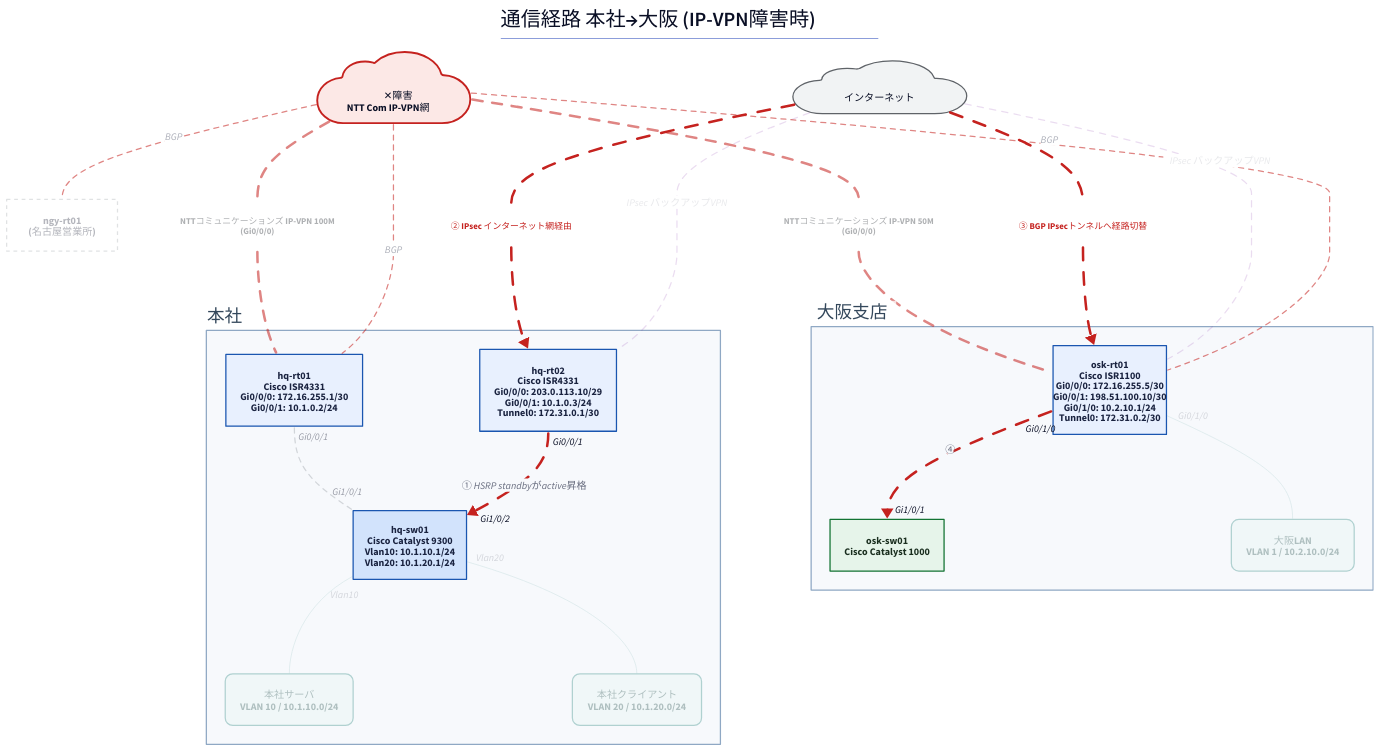
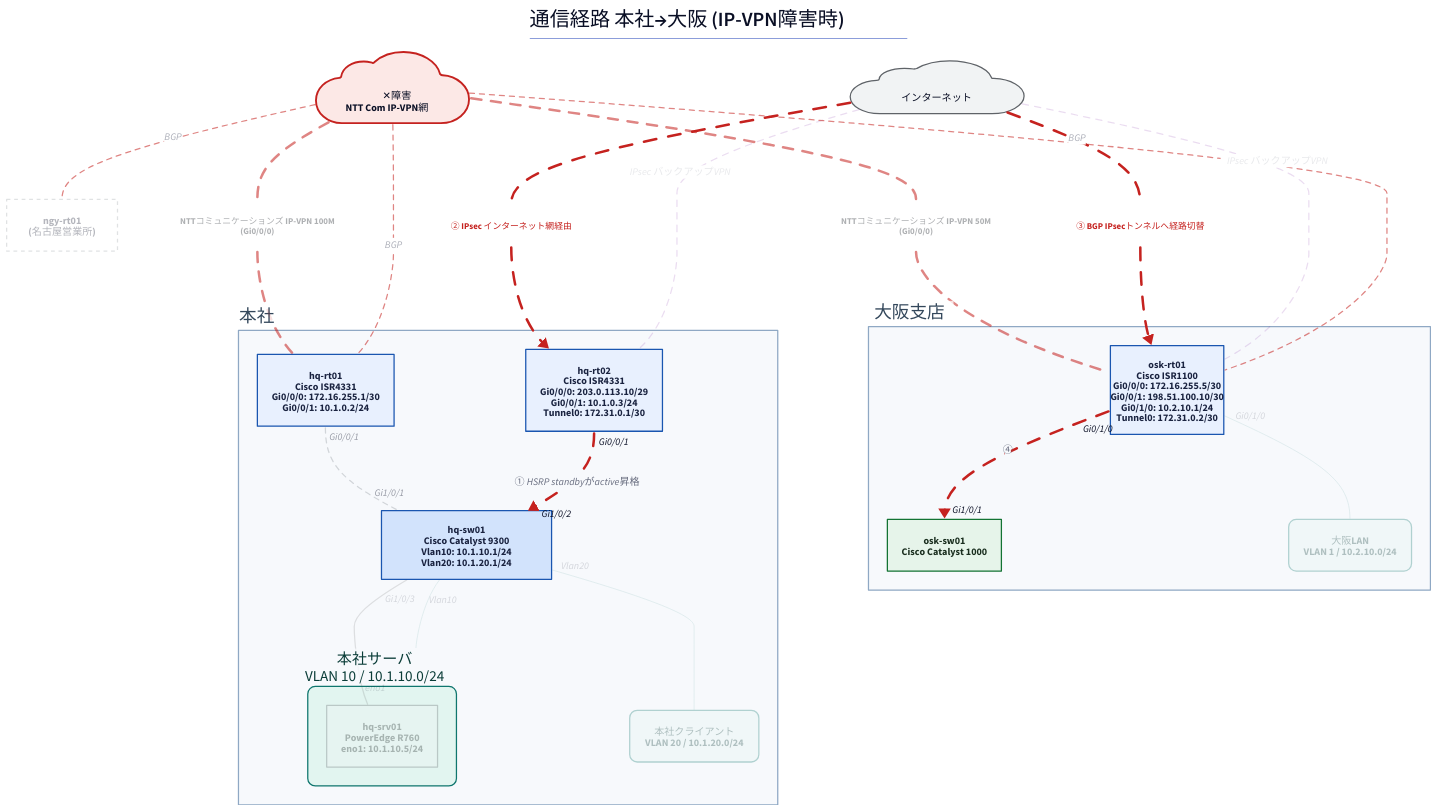
Before and after one commit to thinas1115/nwdsl: the diagram in examples/sample-corp/generated/path-ipvpn-fail.d2, drawn with D2. The commit also changed 40 other files, not shown here.

First line of the commit message:
論理図でセグメント配下の端末を入れ子表示する機能を追加 (ADR-0009)

```diff
--- a/examples/sample-corp/generated/path-ipvpn-fail.d2
+++ b/examples/sample-corp/generated/path-ipvpn-fail.d2
@@ -1,69 +1,74 @@
 title: |md
   # 通信経路 本社→大阪 (IP-VPN障害時)
 | {near: top-center}
 direction: down
 
 classes: {
   role-router: {style.fill: "#e8f0fe"; style.stroke: "#1a56b0"; style.font-color: "#1a2340"}
   role-l3switch: {style.fill: "#d2e3fc"; style.stroke: "#1a56b0"; style.font-color: "#1a2340"}
   role-l2switch: {style.fill: "#e6f4ea"; style.stroke: "#137333"; style.font-color: "#1a2e1f"}
   role-firewall: {style.fill: "#fce8e6"; style.stroke: "#c5221f"; style.font-color: "#3c1a19"}
   role-other: {style.fill: "#f1f3f4"; style.stroke: "#5f6368"; style.font-color: "#202124"}
   node-cloud: {shape: cloud; style.fill: "#f1f3f4"; style.stroke: "#5f6368"}
   node-site: {style.fill: "#fff8e1"; style.stroke: "#b58105"; style.font-color: "#4a3a08"}
   node-segment: {style.fill: "#e2f5f0"; style.stroke: "#0f766e"; style.font-color: "#0b3d38"; style.border-radius: 12}
   node-external: {style.fill: "#ffffff"; style.stroke: "#9aa0a6"; style.stroke-dash: 3}
   group-site: {style.fill: "#f7f9fc"; style.stroke: "#8fa8c4"; style.font-color: "#33475b"}
   edge-label: {style.fill: "transparent"; style.stroke: "transparent"; style.font-size: 14; style.font-color: "#5f6368"; style.italic: true}
   edge-lan-cable: {style.stroke: "#4a4a4a"; style.stroke-width: 2}
   edge-wan-circuit: {style.stroke: "#1a73e8"; style.stroke-width: 4}
   edge-tunnel: {style.stroke: "#7b1fa2"; style.stroke-width: 2; style.stroke-dash: 5}
   edge-logical: {style.stroke: "#188038"; style.stroke-width: 2; style.stroke-dash: 3}
   edge-segment: {style.stroke: "#0f766e"; style.stroke-width: 1}
 }
 
 s_hq: "本社" {
   class: group-site
   label.near: outside-top-left
   n_hq_rt01: "hq-rt01\nCisco ISR4331\nGi0/0/0: 172.16.255.1/30\nGi0/0/1: 10.1.0.2/24" {class: role-router}
-  n_hq_sw01: "hq-sw01\nCisco Catalyst 9300\nVlan10: 10.1.10.1/24\nVlan20: 10.1.20.1/24" {class: role-l3switch; width: 180}
+  n_hq_sw01: "hq-sw01\nCisco Catalyst 9300\nVlan10: 10.1.10.1/24\nVlan20: 10.1.20.1/24" {class: role-l3switch; width: 270}
   n_hq_rt02: "hq-rt02\nCisco ISR4331\nGi0/0/0: 203.0.113.10/29\nGi0/0/1: 10.1.0.3/24\nTunnel0: 172.31.0.1/30" {class: role-router}
-  n_seg__hq_server: "本社サーバ\nVLAN 10 / 10.1.10.0/24" {class: node-segment; style.opacity: 0.3}
+  n_seg__hq_server: "本社サーバ\nVLAN 10 / 10.1.10.0/24" {
+    class: node-segment
+    label.near: outside-top-left
+    n_hq_srv01: "hq-srv01\nPowerEdge R760\neno1: 10.1.10.5/24" {class: role-other; style.opacity: 0.3}
+  }
   n_seg__hq_client: "本社クライアント\nVLAN 20 / 10.1.20.0/24" {class: node-segment; style.opacity: 0.3}
 }
 
 s_osk: "大阪支店" {
   class: group-site
   label.near: outside-top-left
   n_osk_rt01: "osk-rt01\nCisco ISR1100\nGi0/0/0: 172.16.255.5/30\nGi0/0/1: 198.51.100.10/30\nGi0/1/0: 10.2.10.1/24\nTunnel0: 172.31.0.2/30" {class: role-router; width: 180}
   n_osk_sw01: "osk-sw01\nCisco Catalyst 1000" {class: role-l2switch}
   n_seg__osk_lan: "大阪LAN\nVLAN 1 / 10.2.10.0/24" {class: node-segment; style.opacity: 0.3}
 }
 
 n_ipvpn: "　✕障害\nNTT Com IP-VPN網　" {class: node-cloud; style.stroke: "#c5221f"; style.fill: "#fce8e6"; style.stroke-width: 3}
 n_internet: "　インターネット　" {class: node-cloud}
 n_ngy_rt01: "ngy-rt01\n(名古屋営業所)" {class: node-external; style.opacity: 0.3}
 
 s_hq.n_hq_rt01 -- s_hq.n_hq_sw01 {class: edge-lan-cable; source-arrowhead.label: "Gi0/0/1"; target-arrowhead.label: "Gi1/0/1"; style.stroke: "#9aa0a6"; style.stroke-dash: 4; style.opacity: 0.4}
 s_hq.n_hq_rt02 -> s_hq.n_hq_sw01: "① HSRP standbyがactive昇格" {class: edge-lan-cable; source-arrowhead.label: "Gi0/0/1"; target-arrowhead.label: "Gi1/0/2"; style.stroke: "#c5221f"; style.stroke-width: 4; style.animated: true}
 s_osk.n_osk_rt01 -> s_osk.n_osk_sw01: "④" {class: edge-lan-cable; source-arrowhead.label: "Gi0/1/0"; target-arrowhead.label: "Gi1/0/1"; style.stroke: "#c5221f"; style.stroke-width: 4; style.animated: true}
-lbl_3: "NTTコミュニケーションズ IP-VPN 100M\n(Gi0/0/0)" {class: edge-label; style.opacity: 0.5}
-n_ipvpn -- lbl_3 {class: edge-wan-circuit; style.stroke: "#c5221f"; style.stroke-dash: 4; style.opacity: 0.55}
-lbl_3 -- s_hq.n_hq_rt01 {class: edge-wan-circuit; style.stroke: "#c5221f"; style.stroke-dash: 4; style.opacity: 0.55}
-lbl_4: "NTTコミュニケーションズ IP-VPN 50M\n(Gi0/0/0)" {class: edge-label; style.opacity: 0.5}
+s_hq.n_hq_sw01 -- s_hq.n_seg__hq_server.n_hq_srv01 {class: edge-lan-cable; source-arrowhead.label: "Gi1/0/3"; target-arrowhead.label: "eno1"; style.opacity: 0.15}
+lbl_4: "NTTコミュニケーションズ IP-VPN 100M\n(Gi0/0/0)" {class: edge-label; style.opacity: 0.5}
 n_ipvpn -- lbl_4 {class: edge-wan-circuit; style.stroke: "#c5221f"; style.stroke-dash: 4; style.opacity: 0.55}
-lbl_4 -- s_osk.n_osk_rt01 {class: edge-wan-circuit; style.stroke: "#c5221f"; style.stroke-dash: 4; style.opacity: 0.55}
-lbl_5: "② IPsec インターネット網経由" {class: edge-label; style.font-color: "#c5221f"; style.bold: true}
-n_internet -- lbl_5 {class: edge-wan-circuit; style.stroke: "#c5221f"; style.stroke-width: 4; style.animated: true}
-lbl_5 -> s_hq.n_hq_rt02 {class: edge-wan-circuit; style.stroke: "#c5221f"; style.stroke-width: 4; style.animated: true}
-lbl_6: "③ BGP IPsecトンネルへ経路切替" {class: edge-label; style.font-color: "#c5221f"; style.bold: true}
+lbl_4 -- s_hq.n_hq_rt01 {class: edge-wan-circuit; style.stroke: "#c5221f"; style.stroke-dash: 4; style.opacity: 0.55}
+lbl_5: "NTTコミュニケーションズ IP-VPN 50M\n(Gi0/0/0)" {class: edge-label; style.opacity: 0.5}
+n_ipvpn -- lbl_5 {class: edge-wan-circuit; style.stroke: "#c5221f"; style.stroke-dash: 4; style.opacity: 0.55}
+lbl_5 -- s_osk.n_osk_rt01 {class: edge-wan-circuit; style.stroke: "#c5221f"; style.stroke-dash: 4; style.opacity: 0.55}
+lbl_6: "② IPsec インターネット網経由" {class: edge-label; style.font-color: "#c5221f"; style.bold: true}
 n_internet -- lbl_6 {class: edge-wan-circuit; style.stroke: "#c5221f"; style.stroke-width: 4; style.animated: true}
-lbl_6 -> s_osk.n_osk_rt01 {class: edge-wan-circuit; style.stroke: "#c5221f"; style.stroke-width: 4; style.animated: true}
+lbl_6 -> s_hq.n_hq_rt02 {class: edge-wan-circuit; style.stroke: "#c5221f"; style.stroke-width: 4; style.animated: true}
+lbl_7: "③ BGP IPsecトンネルへ経路切替" {class: edge-label; style.font-color: "#c5221f"; style.bold: true}
+n_internet -- lbl_7 {class: edge-wan-circuit; style.stroke: "#c5221f"; style.stroke-width: 4; style.animated: true}
+lbl_7 -> s_osk.n_osk_rt01 {class: edge-wan-circuit; style.stroke: "#c5221f"; style.stroke-width: 4; style.animated: true}
 n_internet -- s_hq.n_hq_rt02: "IPsec バックアップVPN" {class: edge-tunnel; style.opacity: 0.15}
 n_internet -- s_osk.n_osk_rt01: "IPsec バックアップVPN" {class: edge-tunnel; style.opacity: 0.15}
 n_ipvpn -- s_hq.n_hq_rt01: "BGP" {class: edge-logical; style.stroke: "#c5221f"; style.stroke-dash: 4; style.opacity: 0.55}
 n_ipvpn -- s_osk.n_osk_rt01: "BGP" {class: edge-logical; style.stroke: "#c5221f"; style.stroke-dash: 4; style.opacity: 0.55}
 n_ipvpn -- n_ngy_rt01: "BGP" {class: edge-logical; style.stroke: "#c5221f"; style.stroke-dash: 4; style.opacity: 0.55}
 s_hq.n_hq_sw01 -- s_hq.n_seg__hq_server {class: edge-segment; source-arrowhead.label: "Vlan10"; style.opacity: 0.15}
 s_hq.n_hq_sw01 -- s_hq.n_seg__hq_client {class: edge-segment; source-arrowhead.label: "Vlan20"; style.opacity: 0.15}
 s_osk.n_osk_rt01 -- s_osk.n_seg__osk_lan {class: edge-segment; source-arrowhead.label: "Gi0/1/0"; style.opacity: 0.15}
```
